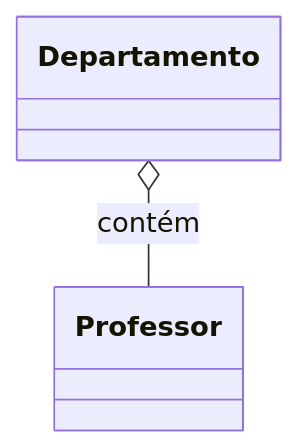
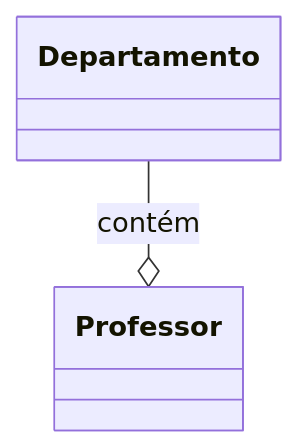
The sixth of 10 diagrams in 01_javascript/16.md (conteudoGeneration/cookbook_javascript), drawn with Mermaid before and after one commit. The commit also changed other lines of this file, not shown here.

````diff
--- a/01_javascript/16.md
+++ b/01_javascript/16.md
@@ -130,4 +130,4 @@
 ```mermaid
 classDiagram
-Departamento o-- Professor : contém
+Departamento --o Professor : contém
 ```
````
